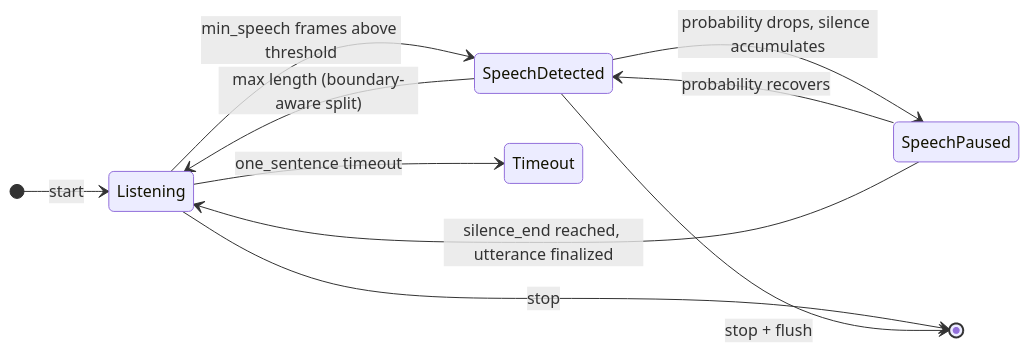
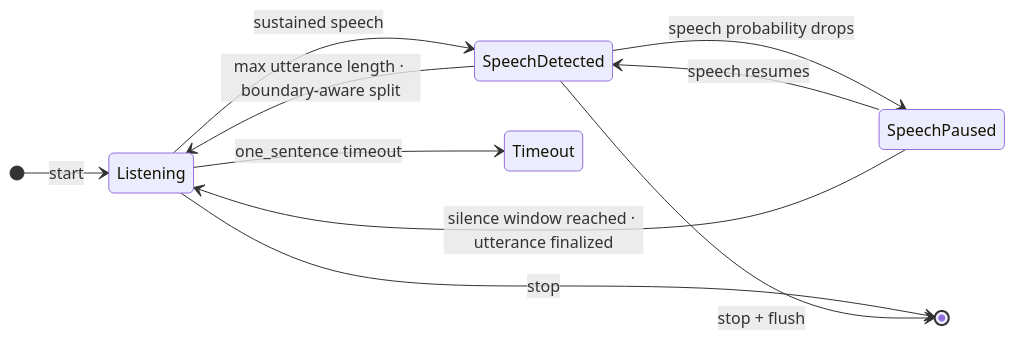
One commit to brittain9/obsidian-local-speech-to-text changed the fifth of 7 diagrams in docs/architecture/system-architecture.md. Above: the diagram before and after it, drawn with Mermaid. The commit also changed other lines of this file and 4 other files, not shown here.

````diff
--- a/docs/architecture/system-architecture.md
+++ b/docs/architecture/system-architecture.md
@@ -176,14 +193,14 @@
 ```mermaid
 stateDiagram-v2
     direction LR
 
     [*] --> Listening : start
-    Listening --> SpeechDetected : min_speech frames above threshold
-    SpeechDetected --> SpeechPaused : probability drops, silence accumulates
-    SpeechPaused --> SpeechDetected : probability recovers
-    SpeechPaused --> Listening : silence_end reached, utterance finalized
-    SpeechDetected --> Listening : max length (boundary-aware split)
+    Listening --> SpeechDetected : sustained speech
+    SpeechDetected --> SpeechPaused : speech probability drops
+    SpeechPaused --> SpeechDetected : speech resumes
+    SpeechPaused --> Listening : silence window reached · utterance finalized
+    SpeechDetected --> Listening : max utterance length · boundary-aware split
     Listening --> [*] : stop
     SpeechDetected --> [*] : stop + flush
     Listening --> Timeout : one_sentence timeout
 ```
````
